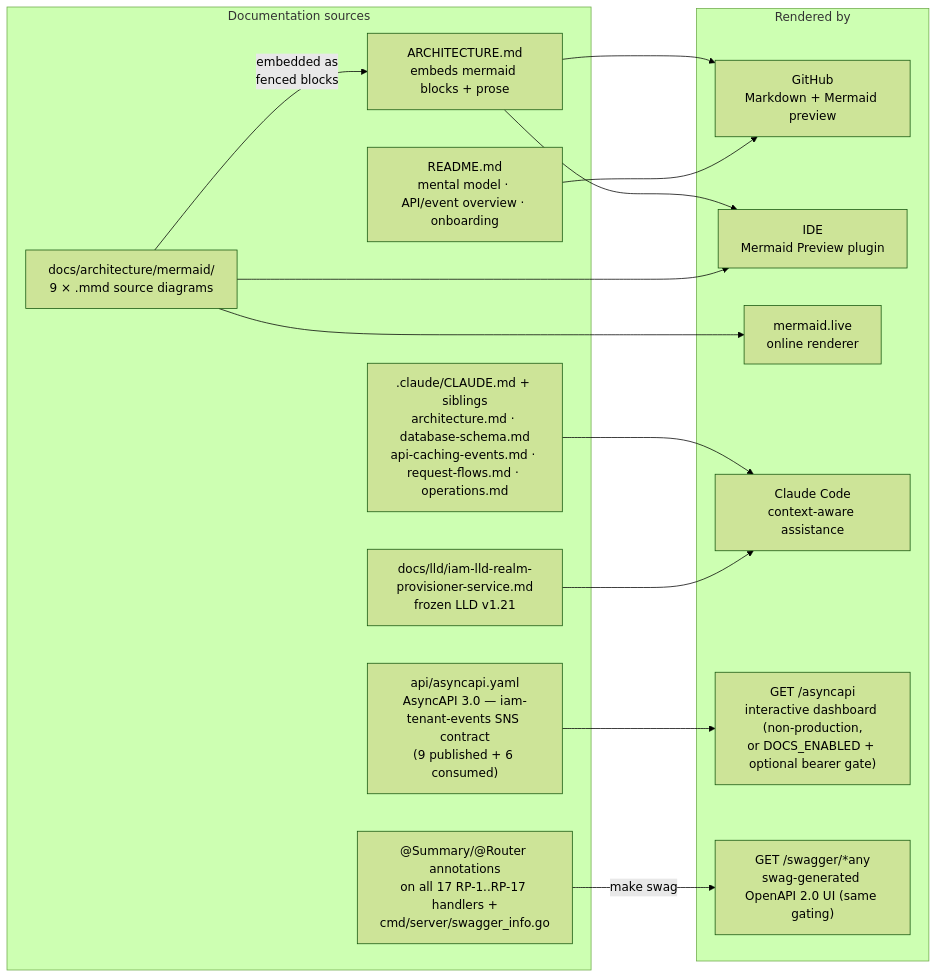
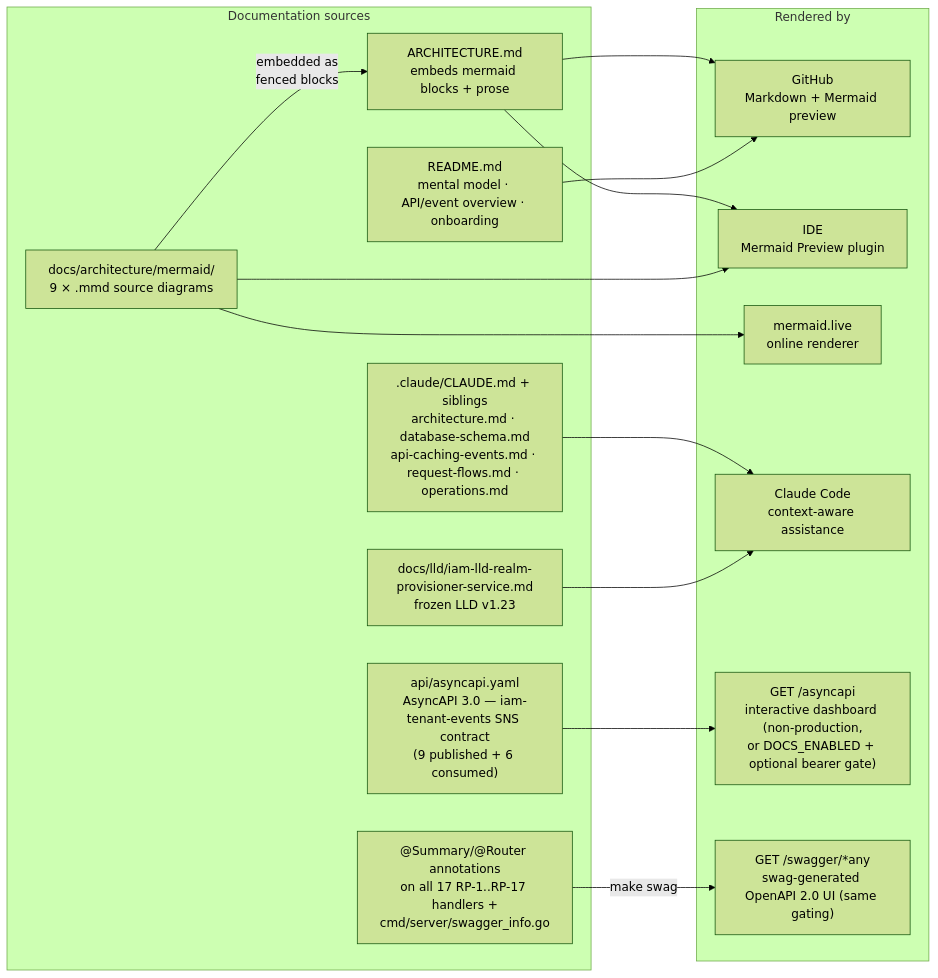
One commit to BCBP-SOLUTIONS-FZC-LLC/iam-realm-provisioner changed the tenth of 10 diagrams in ARCHITECTURE.md. Above: the diagram before and after it, drawn with Mermaid (forest theme). The commit also changed other lines of this file and 85 other files, not shown here.

````diff
--- a/ARCHITECTURE.md
+++ b/ARCHITECTURE.md
@@ -1065,30 +1065,30 @@
 ```mermaid
 graph LR
     subgraph sources["Documentation sources"]
         mmd["docs/architecture/mermaid/\n9 × .mmd source diagrams"]
         arch["ARCHITECTURE.md\nembeds mermaid blocks + prose"]
         claude[".claude/CLAUDE.md + siblings\narchitecture.md · database-schema.md\napi-caching-events.md · request-flows.md · operations.md"]
         readme["README.md\nmental model · API/event overview · onboarding"]
         asyncapi_yaml["api/asyncapi.yaml\nAsyncAPI 3.0 — iam-tenant-events SNS contract\n(9 published + 6 consumed)"]
         swag_annot["@Summary/@Router annotations\non all 17 RP-1..RP-17 handlers +\ncmd/server/swagger_info.go"]
-        lld["docs/lld/iam-lld-realm-provisioner-service.md\nfrozen LLD v1.21"]
+        lld["docs/lld/iam-lld-realm-provisioner-service.md\nfrozen LLD v1.23"]
     end
 
     subgraph rendered["Rendered by"]
         github["GitHub\nMarkdown + Mermaid preview"]
         ide["IDE\nMermaid Preview plugin"]
         live["mermaid.live\nonline renderer"]
         claude_ai["Claude Code\ncontext-aware assistance"]
         asyncapi_viewer["GET /asyncapi\ninteractive dashboard (non-production,\nor DOCS_ENABLED + optional bearer gate)"]
         swagger_ui["GET /swagger/*any\nswag-generated OpenAPI 2.0 UI (same gating)"]
     end
 
     mmd  -->|"embedded as\nfenced blocks"| arch
     arch --> github & ide
     mmd  --> live & ide
     claude --> claude_ai
     readme --> github
     lld --> claude_ai
     asyncapi_yaml --> asyncapi_viewer
     swag_annot -->|"make swag"| swagger_ui
 ```
````
